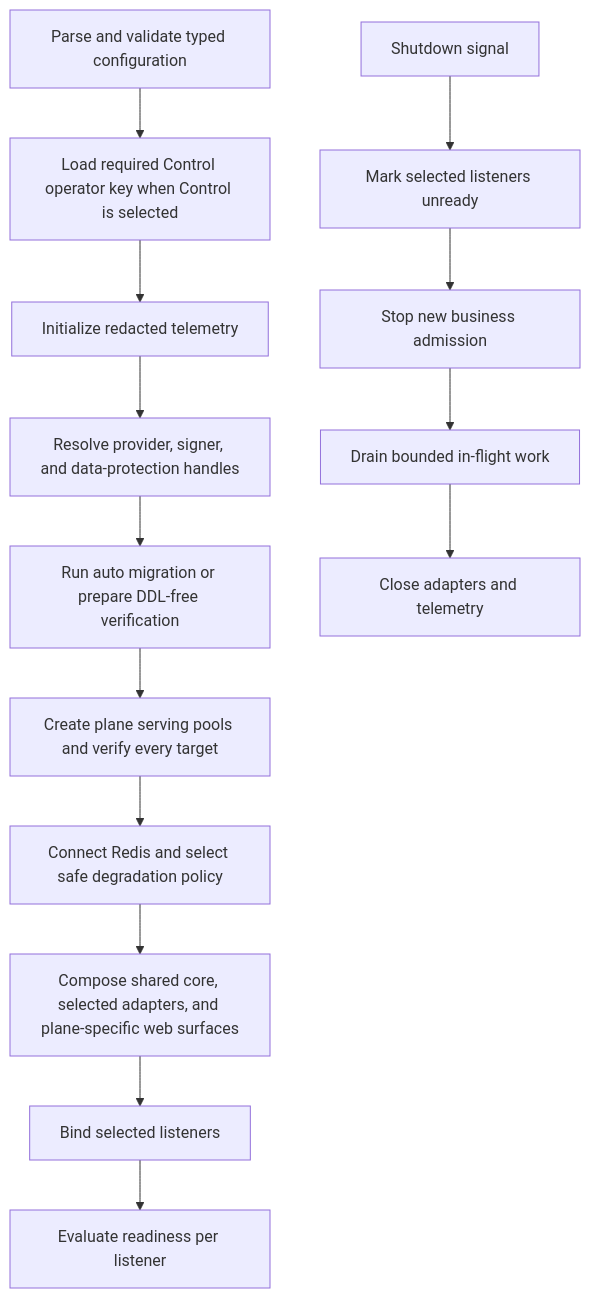
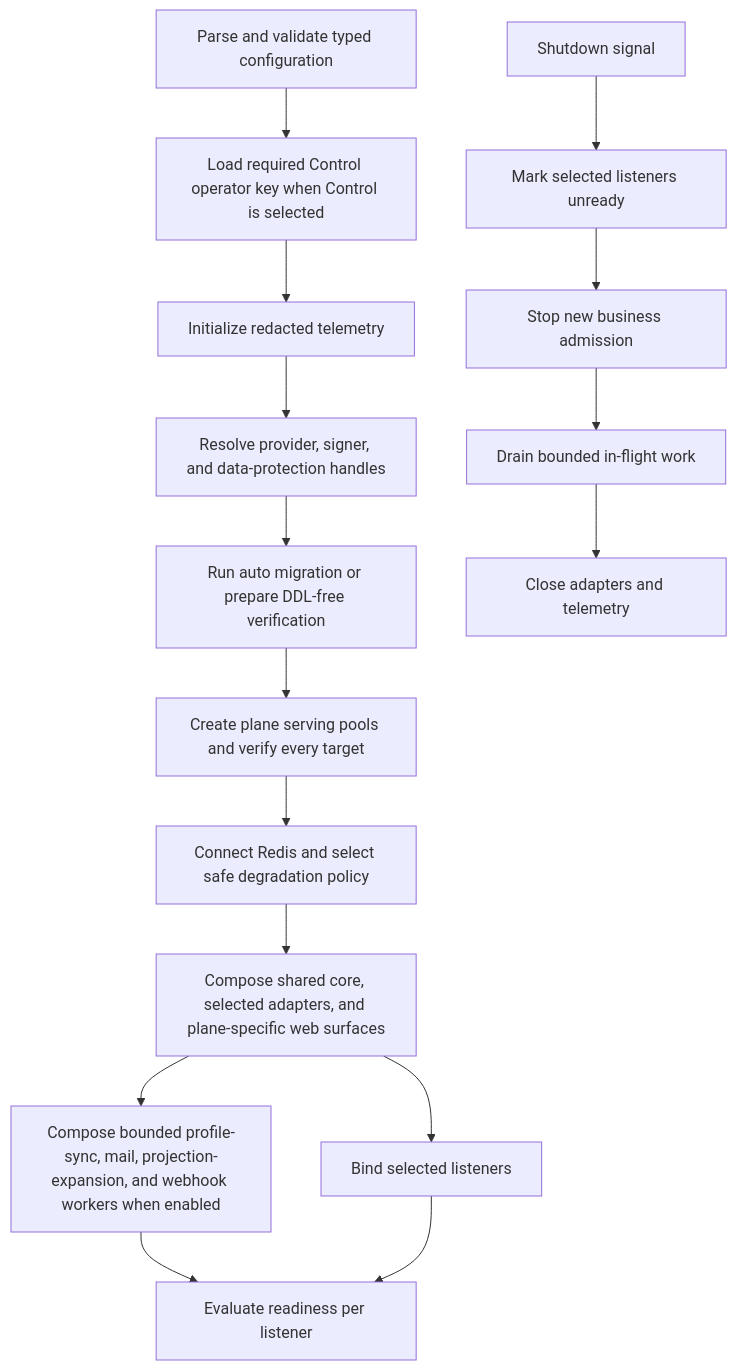
One commit to owlfoundry/owlauth changed the first of 4 diagrams in spec/06-operations-configuration-and-security.md. Above: the diagram before and after it, drawn with Mermaid. The commit also changed other lines of this file and 19 other files, not shown here.

````diff
--- a/spec/06-operations-configuration-and-security.md
+++ b/spec/06-operations-configuration-and-security.md
@@ -17,17 +19,19 @@
 ```mermaid
 flowchart TD
     Config[Parse and validate typed configuration] --> OperatorKey[Load required Control operator key when Control is selected]
     OperatorKey --> Telemetry[Initialize redacted telemetry]
     Telemetry --> Secrets[Resolve provider, signer, and data-protection handles]
     Secrets --> Schema[Run auto migration or prepare DDL-free verification]
     Schema --> PG[Create plane serving pools and verify every target]
     PG --> Redis[Connect Redis and select safe degradation policy]
     Redis --> Core[Compose shared core, selected adapters, and plane-specific web surfaces]
+    Core --> Workers[Compose bounded profile-sync, mail, projection-expansion, and webhook workers when enabled]
     Core --> Bind[Bind selected listeners]
+    Workers --> Ready
     Bind --> Ready[Evaluate readiness per listener]
 
     Stop[Shutdown signal] --> Unready[Mark selected listeners unready]
     Unready --> Admission[Stop new business admission]
     Admission --> Drain[Drain bounded in-flight work]
     Drain --> Close[Close adapters and telemetry]
 ```
````
